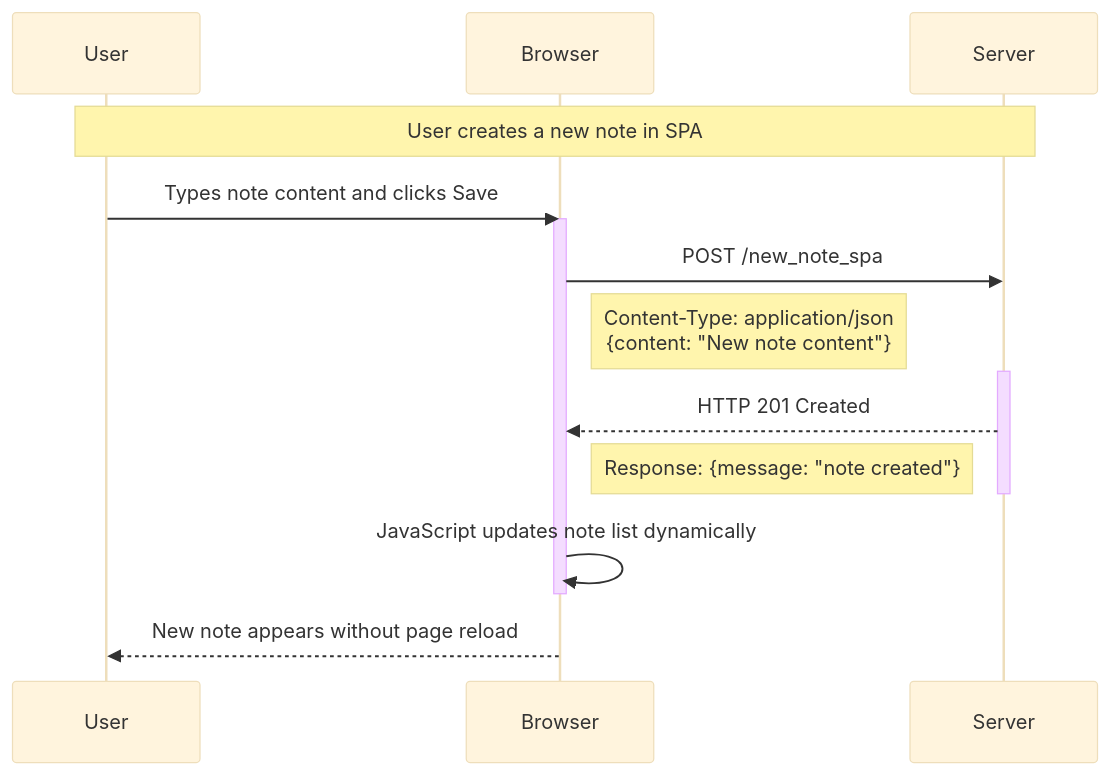
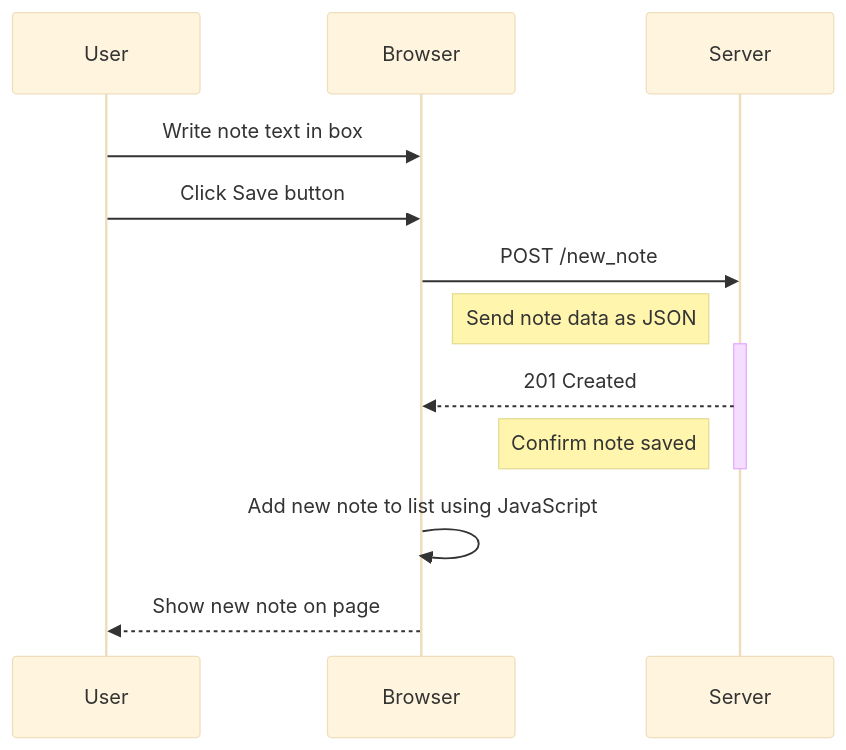
The diagram in Part0/0.4.md (VigneshRanga/fullstack-open), drawn with Mermaid (base theme) before and after one commit.

````diff
--- a/Part0/0.4.md
+++ b/Part0/0.4.md
@@ -3,24 +3,20 @@
 ```mermaid
 sequenceDiagram
-    participant User
-    participant Browser
-    participant Server
+    participant U as User
+    participant B as Browser
+    participant S as Server
 
-    Note over User, Server: User creates a new note in SPA
-
-    User->>Browser: Types note content and clicks Save
-    activate Browser
+    U->>B: Write note text in box
+    U->>B: Click Save button
     
-    Browser->>Server: POST /new_note_spa
-    Note right of Browser: Content-Type: application/json<br>{content: "New note content"}
-    activate Server
+    B->>S: POST /new_note
+    Note right of B: Send note data as JSON
+    activate S
     
-    Server-->>Browser: HTTP 201 Created
-    Note left of Server: Response: {message: "note created"}
-    deactivate Server
+    S-->>B: 201 Created
+    Note left of S: Confirm note saved
+    deactivate S
     
-    Browser->>Browser: JavaScript updates note list dynamically
-    deactivate Browser
-    
-    Browser-->>User: New note appears without page reload
+    B->>B: Add new note to list using JavaScript
+    B-->>U: Show new note on page
 ```
````
